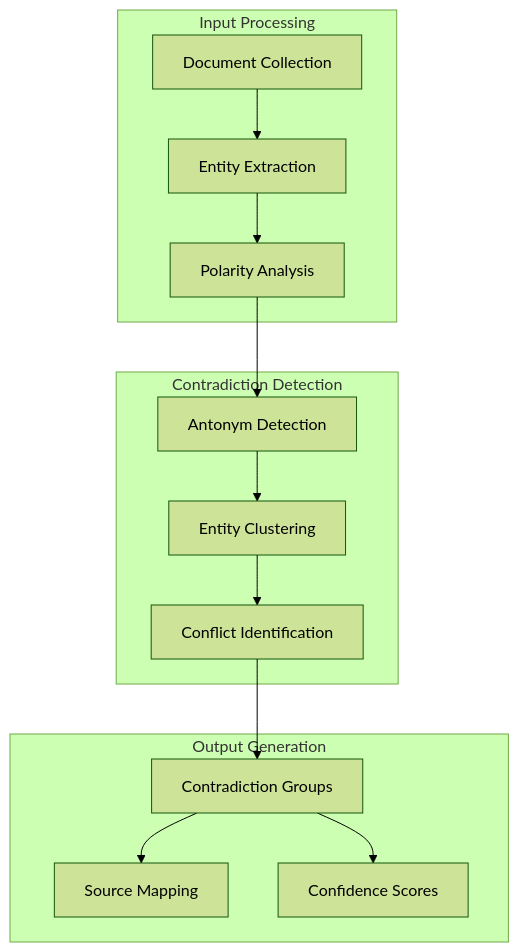
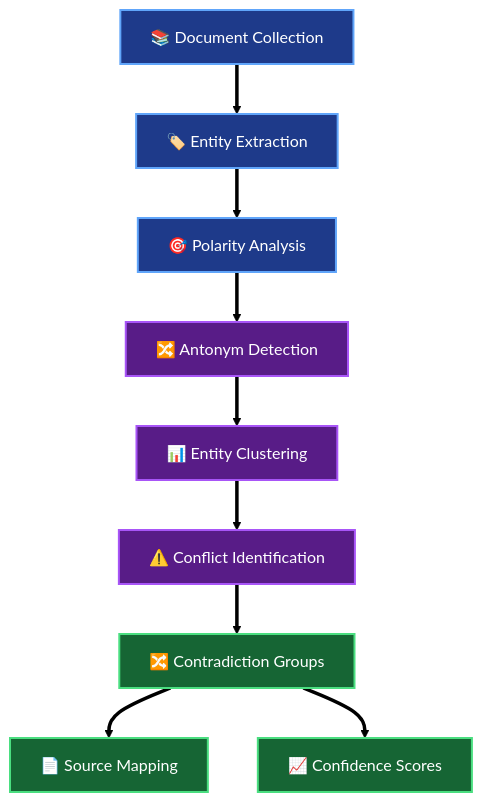
Diagram 13 of 18 in docs/DEVELOPER.md (usathyan/paper-qa-ui), drawn with Mermaid (forest theme) before and after one commit. The commit also changed other lines of this file, not shown here.

First line of the commit message:
Enhance third batch of mermaid diagrams with professional styling

````diff
--- a/docs/DEVELOPER.md
+++ b/docs/DEVELOPER.md
@@ -712,31 +741,38 @@
 ```mermaid
-graph TB
-    subgraph "Input Processing"
-        DOCUMENTS[Document Collection]
-        ENTITIES[Entity Extraction]
-        POLARITY[Polarity Analysis]
-    end
+flowchart TD
+    %% Input Processing
+    DOCUMENTS[📚 Document Collection]
+    ENTITIES[🏷️ Entity Extraction]
+    POLARITY[🎯 Polarity Analysis]
     
-    subgraph "Contradiction Detection"
-        ANTONYM[Antonym Detection]
-        CLUSTERING[Entity Clustering]
-        CONFLICT[Conflict Identification]
-    end
+    %% Detection Pipeline
+    ANTONYM[🔀 Antonym Detection]
+    CLUSTERING[📊 Entity Clustering]
+    CONFLICT[⚠️ Conflict Identification]
     
-    subgraph "Output Generation"
-        CONTRADICTIONS[Contradiction Groups]
-        SOURCES[Source Mapping]
-        CONFIDENCE[Confidence Scores]
-    end
+    %% Output Generation
+    CONTRADICTIONS[🔀 Contradiction Groups]
+    SOURCES[📄 Source Mapping]
+    CONFIDENCE[📈 Confidence Scores]
     
-    DOCUMENTS --> ENTITIES
-    ENTITIES --> POLARITY
-    POLARITY --> ANTONYM
+    %% Flow
+    DOCUMENTS ==> ENTITIES
+    ENTITIES ==> POLARITY
+    POLARITY ==> ANTONYM
     
-    ANTONYM --> CLUSTERING
-    CLUSTERING --> CONFLICT
-    CONFLICT --> CONTRADICTIONS
+    ANTONYM ==> CLUSTERING
+    CLUSTERING ==> CONFLICT
+    CONFLICT ==> CONTRADICTIONS
     
-    CONTRADICTIONS --> SOURCES
-    CONTRADICTIONS --> CONFIDENCE
+    CONTRADICTIONS ==> SOURCES
+    CONTRADICTIONS ==> CONFIDENCE
+    
+    %% Styling
+    classDef inputStyle fill:#1e3a8a,stroke:#60a5fa,stroke-width:2px,color:#ffffff
+    classDef detectionStyle fill:#581c87,stroke:#a855f7,stroke-width:2px,color:#ffffff
+    classDef outputStyle fill:#166534,stroke:#4ade80,stroke-width:2px,color:#ffffff
+    
+    class DOCUMENTS,ENTITIES,POLARITY inputStyle
+    class ANTONYM,CLUSTERING,CONFLICT detectionStyle
+    class CONTRADICTIONS,SOURCES,CONFIDENCE outputStyle
 ```
````
